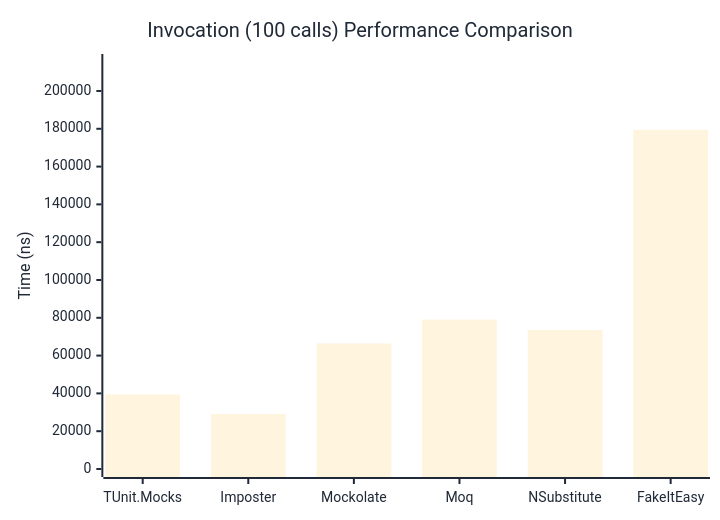
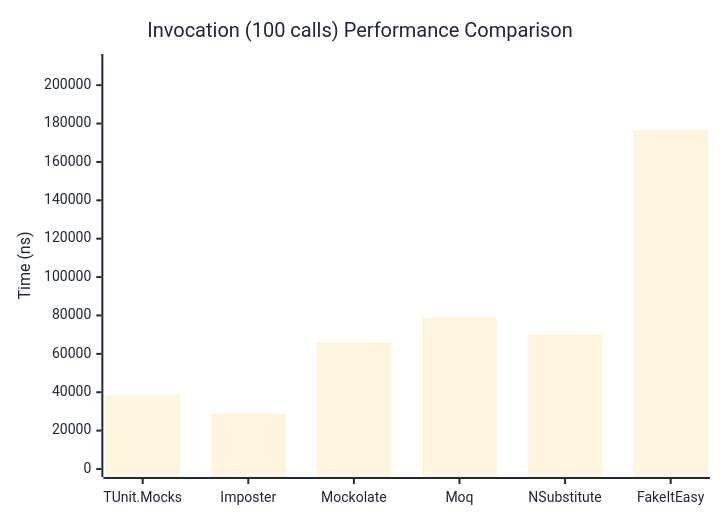
One commit to thomhurst/TUnit changed the third of 3 diagrams in docs/docs/benchmarks/mocks/Invocation.md. Above: the diagram before and after it, drawn with Mermaid. The commit also changed other lines of this file and 14 other files, not shown here.

````diff
--- a/docs/docs/benchmarks/mocks/Invocation.md
+++ b/docs/docs/benchmarks/mocks/Invocation.md
@@ -110,27 +110,27 @@
 ```mermaid
 %%{init: {
   'theme':'base',
   'themeVariables': {
     'primaryColor': '#2563eb',
     'primaryTextColor': '#1f2937',
     'primaryBorderColor': '#1e40af',
     'lineColor': '#6b7280',
     'secondaryColor': '#7c3aed',
     'tertiaryColor': '#dc2626',
     'background': '#ffffff',
     'pie1': '#2563eb',
     'pie2': '#7c3aed',
     'pie3': '#dc2626',
     'pie4': '#f59e0b',
     'pie5': '#10b981',
     'pie6': '#06b6d4',
     'pie7': '#ec4899',
     'pie8': '#6366f1'
   }
 }}%%
 xychart-beta
   title "Invocation (100 calls) Performance Comparison"
   x-axis ["TUnit.Mocks", "Imposter", "Mockolate", "Moq", "NSubstitute", "FakeItEasy"]
-  y-axis "Time (ns)" 0 --> 215328
-  bar [39438.9, 29080.8, 66403.9, 79065.6, 73507.6, 179439.5]
+  y-axis "Time (ns)" 0 --> 212070
+  bar [38803, 29063.9, 66162.8, 79001.8, 70405.9, 176724.9]
 ```
````
